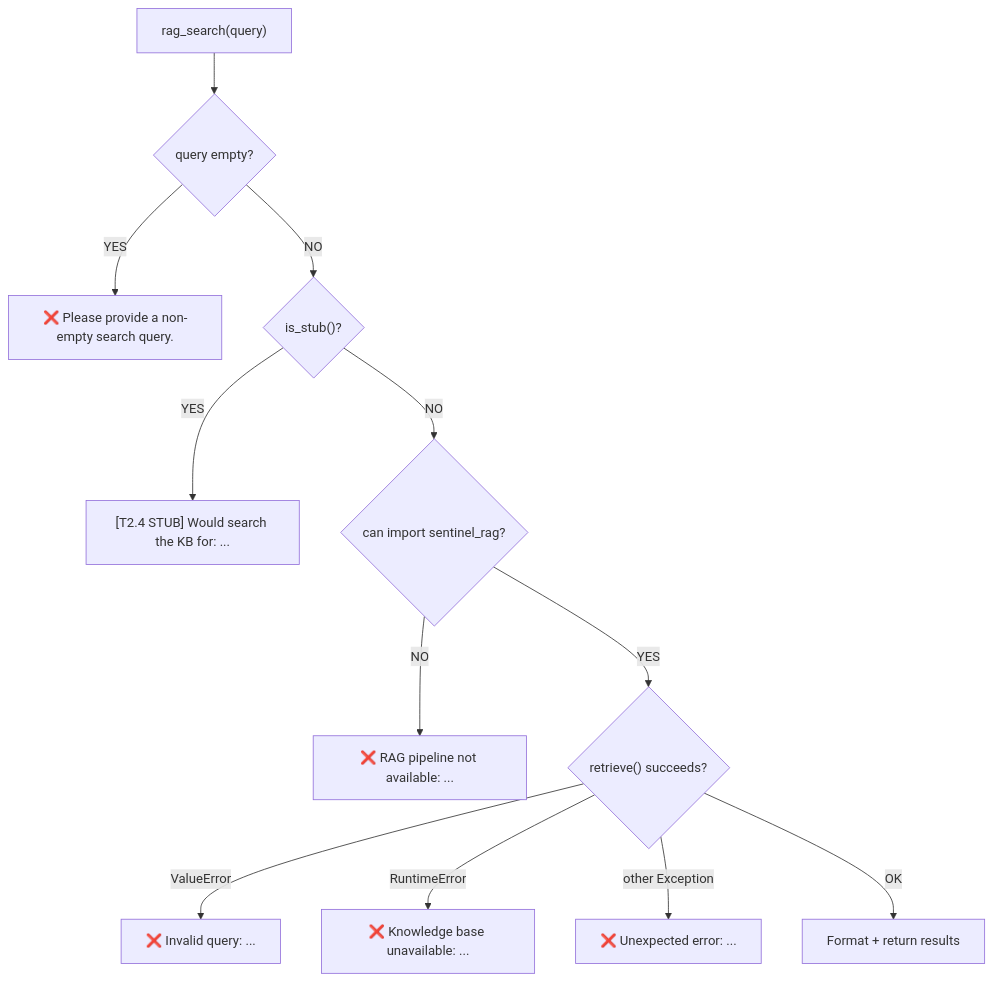
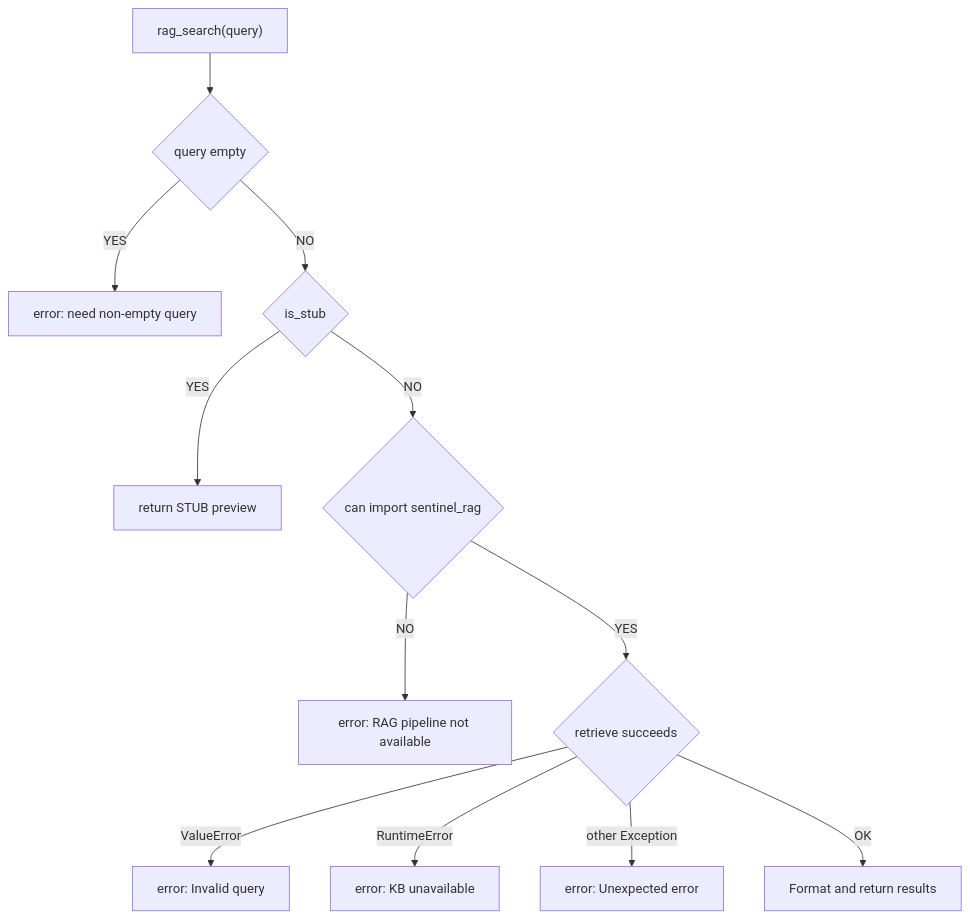
Before and after one commit to yessine15/sentinel: diagram 16 of 29 in docs/PHASE2_EXPLAINED.md, drawn with Mermaid. The commit also changed other lines of this file, not shown here.

First line of the commit message:
docs: fix all mermaid v11.15.0 syntax errors in Phase 2 guide

````diff
--- a/docs/PHASE2_EXPLAINED.md
+++ b/docs/PHASE2_EXPLAINED.md
@@ -599,14 +588,14 @@
 ```mermaid
 flowchart TD
-    Q["rag_search(query)"] --> CHECK{"query empty?"}
-    CHECK -->|"YES"| E1["❌ Please provide a non-empty search query."]
-    CHECK -->|"NO"| STUB{"is_stub()?"}
-    STUB -->|"YES"| S1["[T2.4 STUB] Would search the KB for: ..."]
-    STUB -->|"NO"| IMP{"can import sentinel_rag?"}
-    IMP -->|"NO"| E2["❌ RAG pipeline not available: ..."]
-    IMP -->|"YES"| CALL{"retrieve() succeeds?"}
-    CALL -->|"ValueError"| E3["❌ Invalid query: ..."]
-    CALL -->|"RuntimeError"| E4["❌ Knowledge base unavailable: ..."]
-    CALL -->|"other Exception"| E5["❌ Unexpected error: ..."]
-    CALL -->|"OK"| FMT["Format + return results"]
+    Q["rag_search(query)"] --> CHECK{"query empty"}
+    CHECK -->|"YES"| E1["error: need non-empty query"]
+    CHECK -->|"NO"| STUB{"is_stub"}
+    STUB -->|"YES"| S1["return STUB preview"]
+    STUB -->|"NO"| IMP{"can import sentinel_rag"}
+    IMP -->|"NO"| E2["error: RAG pipeline not available"]
+    IMP -->|"YES"| CALL{"retrieve succeeds"}
+    CALL -->|"ValueError"| E3["error: Invalid query"]
+    CALL -->|"RuntimeError"| E4["error: KB unavailable"]
+    CALL -->|"other Exception"| E5["error: Unexpected error"]
+    CALL -->|"OK"| FMT["Format and return results"]
 ```
````
